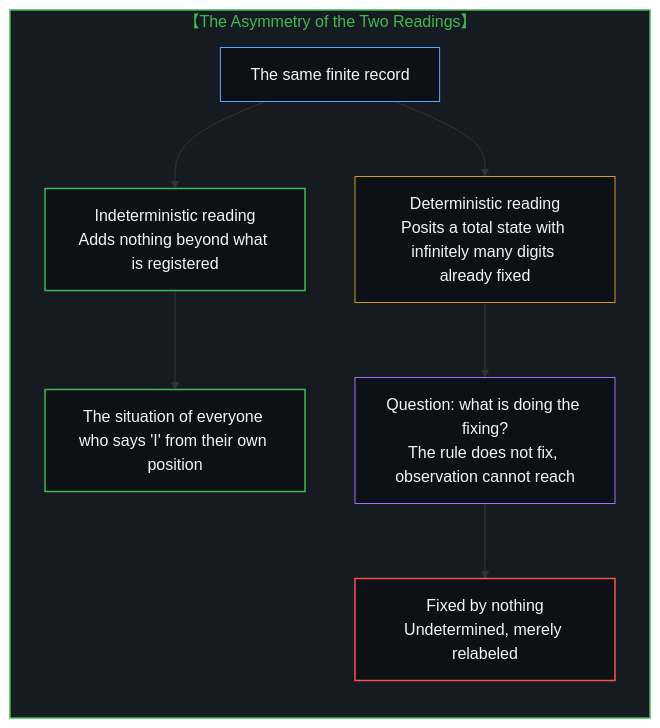
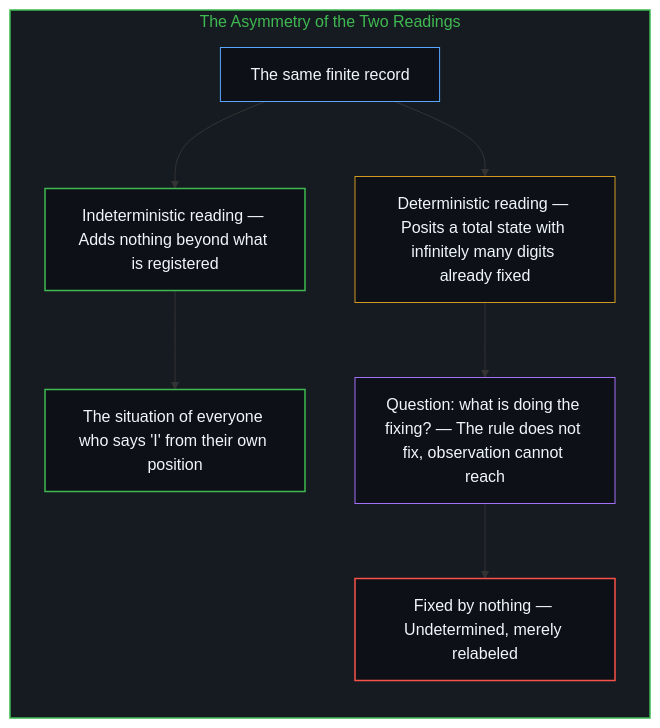
The sixth of 10 diagrams in content/posts/fixed-by-nothing.md (powerpig99/not-a-toe), drawn with Mermaid before and after one commit. The commit also changed other lines of this file and 3 other files, not shown here.

````diff
--- a/content/posts/fixed-by-nothing.md
+++ b/content/posts/fixed-by-nothing.md
@@ -146,18 +146,18 @@
 ```mermaid
-graph TD
-    subgraph S_Asymmetry_EN ["【The Asymmetry of the Two Readings】"]
+flowchart TD
+    subgraph S_Asymmetry ["The Asymmetry of the Two Readings"]
         direction TB
-        RE0["The same finite record"] --> RE1["Indeterministic reading<br/>Adds nothing beyond what is registered"]
-        RE0 --> RE2["Deterministic reading<br/>Posits a total state with infinitely many digits already fixed"]
-        RE1 --> RE5["The situation of everyone who says 'I' from their own position"]
-        RE2 --> RE3["Question: what is doing the fixing?<br/>The rule does not fix, observation cannot reach"]
-        RE3 --> RE4["Fixed by nothing<br/>Undetermined, merely relabeled"]
+        R0["The same finite record"] --> R1["Indeterministic reading — Adds nothing beyond what is registered"]
+        R0 --> R2["Deterministic reading — Posits a total state with infinitely many digits already fixed"]
+        R1 --> R5["The situation of everyone who says 'I' from their own position"]
+        R2 --> R3["Question: what is doing the fixing? — The rule does not fix, observation cannot reach"]
+        R3 --> R4["Fixed by nothing — Undetermined, merely relabeled"]
     end
-    style S_Asymmetry_EN fill:#161b22,stroke:#3fb950,stroke-width:1.5px,color:#3fb950
-    style RE0 fill:#0d1117,stroke:#58a6ff,stroke-width:1px,color:#f0f6fc
-    style RE1 fill:#0d1117,stroke:#3fb950,stroke-width:1.5px,color:#f0f6fc
-    style RE5 fill:#0d1117,stroke:#3fb950,stroke-width:1.5px,color:#f0f6fc
-    style RE2 fill:#0d1117,stroke:#d29922,stroke-width:1px,color:#f0f6fc
-    style RE3 fill:#0d1117,stroke:#a371f7,stroke-width:1px,color:#f0f6fc
-    style RE4 fill:#0d1117,stroke:#f85149,stroke-width:1.5px,color:#f0f6fc
+    style S_Asymmetry fill:#161b22,stroke:#3fb950,stroke-width:1.5px,color:#3fb950
+    style R0 fill:#0d1117,stroke:#58a6ff,stroke-width:1px,color:#f0f6fc
+    style R1 fill:#0d1117,stroke:#3fb950,stroke-width:1.5px,color:#f0f6fc
+    style R5 fill:#0d1117,stroke:#3fb950,stroke-width:1.5px,color:#f0f6fc
+    style R2 fill:#0d1117,stroke:#d29922,stroke-width:1px,color:#f0f6fc
+    style R3 fill:#0d1117,stroke:#a371f7,stroke-width:1px,color:#f0f6fc
+    style R4 fill:#0d1117,stroke:#f85149,stroke-width:1.5px,color:#f0f6fc
 ```
````
